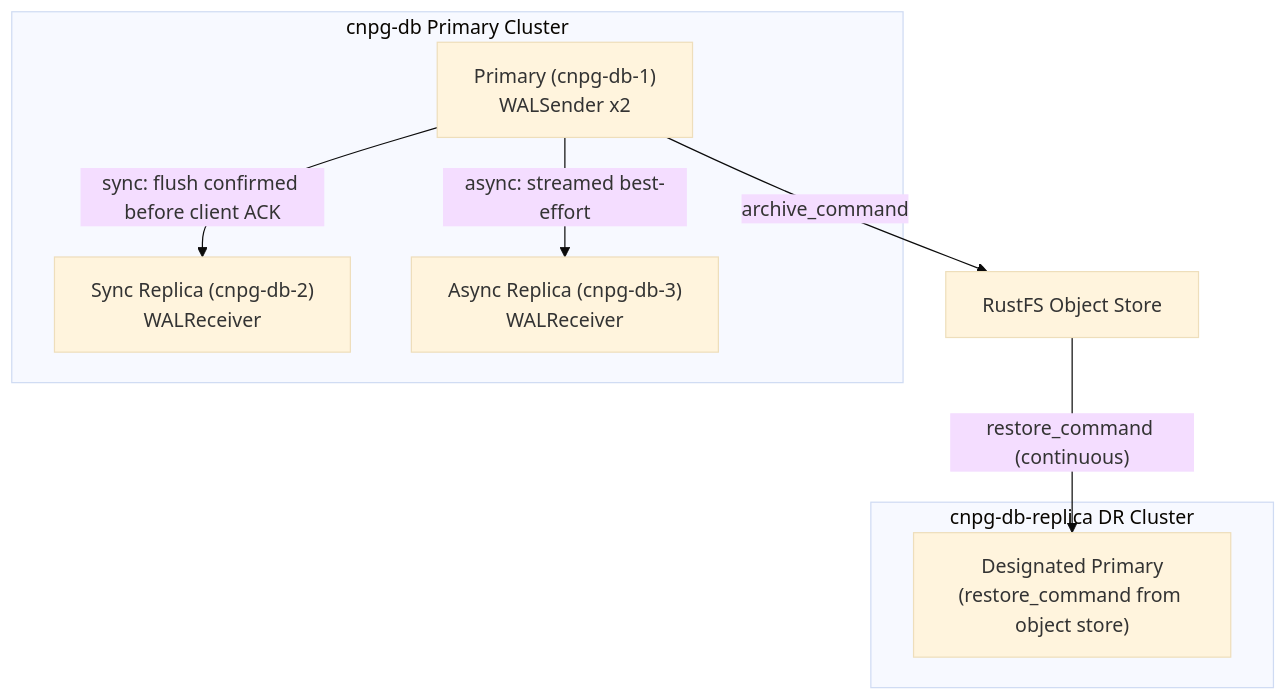
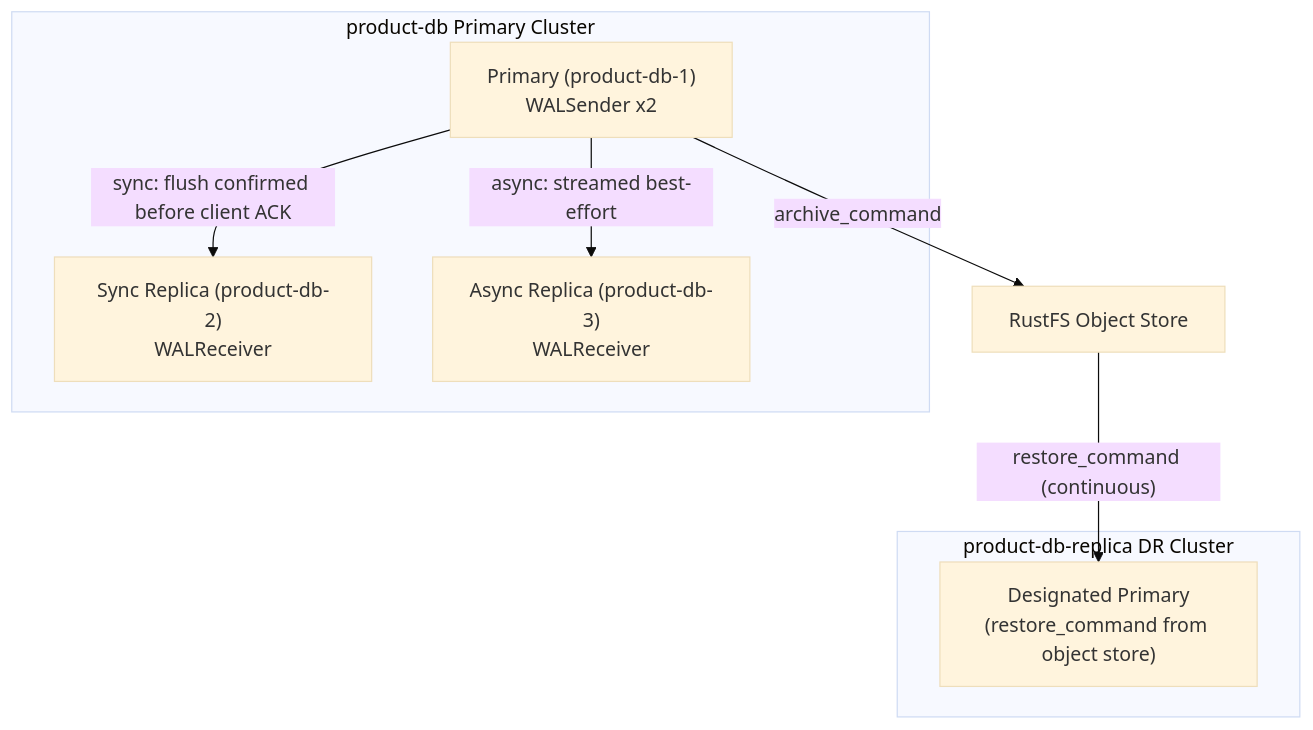
The third of 5 diagrams in docs/databases/005-ha-dr-deep-dive.md (duynhlab/homelab), drawn with Mermaid (base theme) before and after one commit. The commit also changed other lines of this file and 15 other files, not shown here.

````diff
--- a/docs/databases/005-ha-dr-deep-dive.md
+++ b/docs/databases/005-ha-dr-deep-dive.md
@@ -170,19 +170,19 @@
 ```mermaid
 flowchart TB
-  subgraph primary ["cnpg-db Primary Cluster"]
-    P["Primary (cnpg-db-1)\nWALSender x2"]
-    SR["Sync Replica (cnpg-db-2)\nWALReceiver"]
-    AR["Async Replica (cnpg-db-3)\nWALReceiver"]
+  subgraph primary ["product-db Primary Cluster"]
+    P["Primary (product-db-1)\nWALSender x2"]
+    SR["Sync Replica (product-db-2)\nWALReceiver"]
+    AR["Async Replica (product-db-3)\nWALReceiver"]
     P -->|"sync: flush confirmed before client ACK"| SR
     P -->|"async: streamed best-effort"| AR
   end
 
-  subgraph dr ["cnpg-db-replica DR Cluster"]
+  subgraph dr ["product-db-replica DR Cluster"]
     DP["Designated Primary\n(restore_command from object store)"]
   end
 
   ObjectStore["RustFS Object Store"]
 
   P -->|"archive_command"| ObjectStore
   ObjectStore -->|"restore_command (continuous)"| DP
 ```
````
